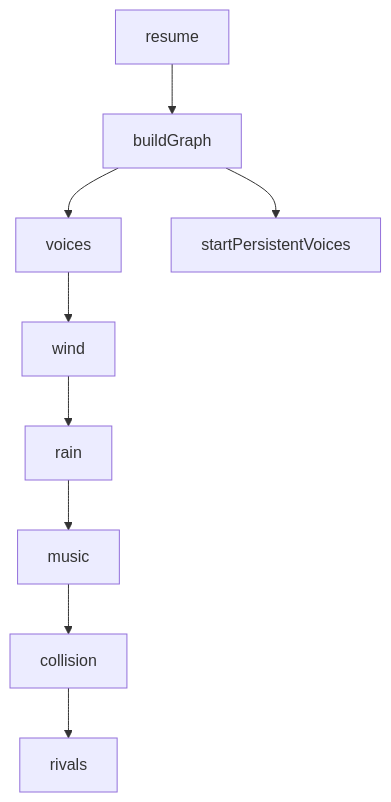
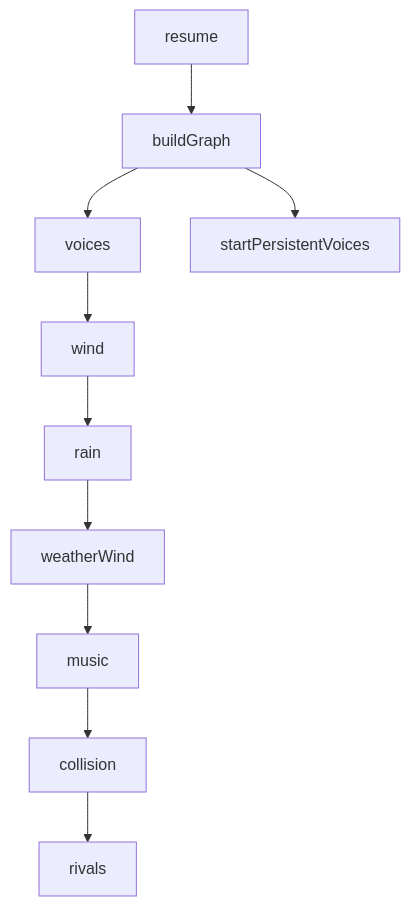
Before and after one commit to jjgroenendijk/cart-game: the diagram in docs/knowledge/audio/audio-graph.md, drawn with Mermaid. The commit also changed other lines of this file and 15 other files, not shown here.

````diff
--- a/docs/knowledge/audio/audio-graph.md
+++ b/docs/knowledge/audio/audio-graph.md
@@ -20,11 +21,12 @@
 ```mermaid
 flowchart TD
   resume[resume] --> buildGraph[buildGraph]
   buildGraph --> voices[voices]
   voices --> wind[wind]
   wind --> rain[rain]
-  rain --> music[music]
+  rain --> weatherWind[weatherWind]
+  weatherWind --> music[music]
   music --> collision[collision]
   collision --> rivals[rivals]
   buildGraph --> startPV[startPersistentVoices]
 ```
````
